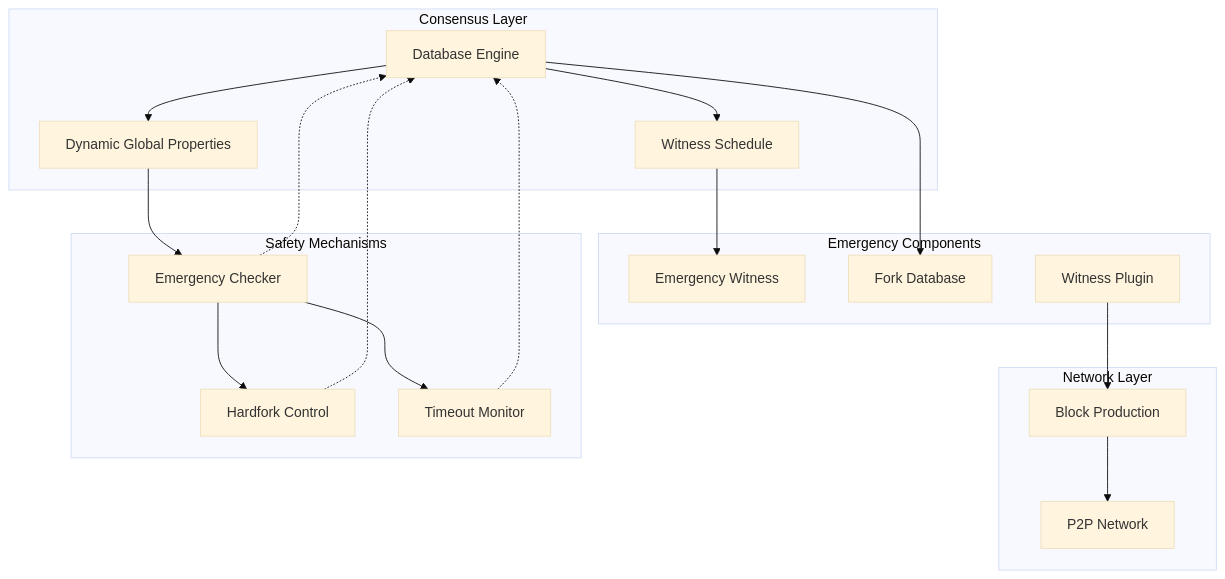
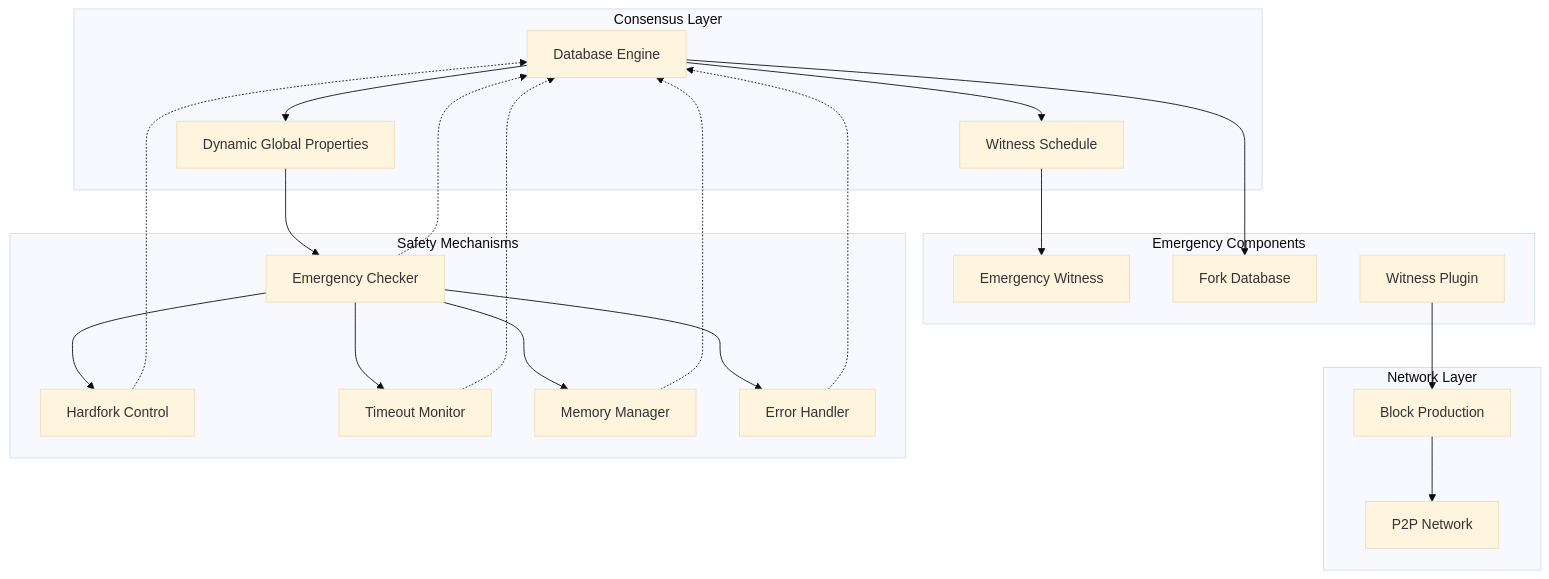
The first of 8 diagrams in .qoder/repowiki/en/content/Core Libraries/Emergency Consensus System.md (VIZ-Blockchain/viz-cpp-node), drawn with Mermaid (base theme) before and after one commit. The commit also changed other lines of this file and 5 other files, not shown here.

````diff
--- a/.qoder/repowiki/en/content/Core Libraries/Emergency Consensus System.md
+++ b/.qoder/repowiki/en/content/Core Libraries/Emergency Consensus System.md
@@ -39,34 +52,40 @@
 ```mermaid
 graph TB
 subgraph "Consensus Layer"
 DB[Database Engine]
 WS[Witness Schedule]
 DGP[Dynamic Global Properties]
 end
 subgraph "Emergency Components"
 EW[Emergency Witness]
 FD[Fork Database]
 WC[Witness Plugin]
 end
 subgraph "Network Layer"
 P2P[P2P Network]
 BP[Block Production]
 end
 subgraph "Safety Mechanisms"
 HC[Hardfork Control]
 TM[Timeout Monitor]
 EC[Emergency Checker]
+MEM[Memory Manager]
+ERR[Error Handler]
 end
 DB --> WS
 DB --> DGP
 DB --> FD
 WS --> EW
 DGP --> EC
 EC --> HC
 EC --> TM
+EC --> MEM
+EC --> ERR
 WC --> BP
 BP --> P2P
 EC -.-> DB
 TM -.-> DB
+MEM -.-> DB
+ERR -.-> DB
 HC -.-> DB
 ```
````
